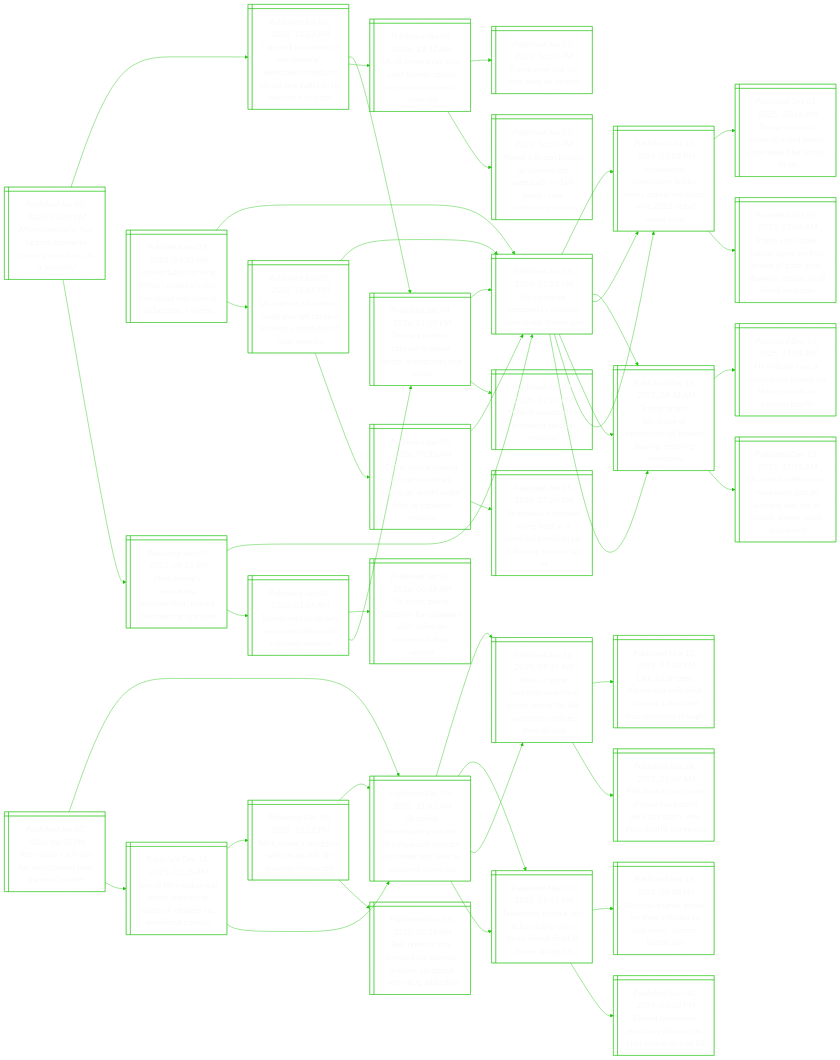
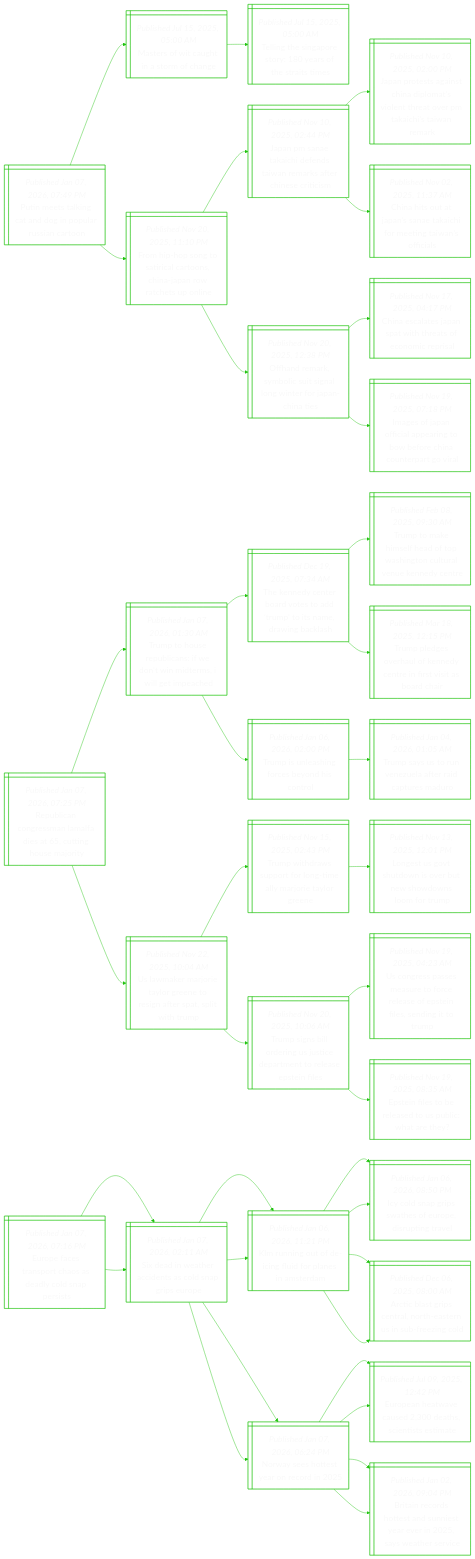
The diagram in README.md (notJmes/notJmes), drawn with Mermaid before and after one commit. The commit also changed other lines of this file, not shown here.

````diff
--- a/README.md
+++ b/README.md
@@ -16,142 +16,121 @@
 flowchart LR
 classDef txtsize font-size:20px;
 
-AVuirarurassk@{ shape: win-pane, label: "_Published Jan 07, 2026, 03:45 PM_
-After venezuela, five targets appear in trump’s crosshairs. is it just talk?" }
-Iienytnldlniorcr@{ shape: win-pane, label: "_Published Jan 06, 2026, 12:23 AM_
-‘i am still president of my country’: venezuela’s maduro pleads not guilty to us narcotics charges" }
-Tsrtstsgsh@{ shape: win-pane, label: "_Published Jan 04, 2026, 01:10 PM_
-Trump’s maduro capture is about drugs, immigrants and china" }
-UtVuMorkms@{ shape: win-pane, label: "_Published Jan 03, 2026, 02:58 PM_
-Us captured venezuela’s maduro after strike, trump says" }
-WVuPdisr@{ shape: win-pane, label: "_Published Jan 03, 2026, 07:25 PM_
-Who is venezuela’s president nicolas maduro?" }
-Ucnatugasnlss@{ shape: win-pane, label: "_Published Jan 06, 2026, 12:32 AM_
-Us oil companies gain after trump signals access to venezuela’s reserves" }
-Tnsenm@{ shape: win-pane, label: "_Published Jan 05, 2026, 06:00 PM_
-Trump now has his very own oil empire" }
-Aanetrtziksoree@{ shape: win-pane, label: "_Published Jan 05, 2026, 06:00 PM_
-About a dozen loaded oil tankers left venezuela in dark mode, says monitoring service" }
-HueetnreMer@{ shape: win-pane, label: "_Published Jan 07, 2026, 08:15 AM_
-How trump’s venezuela intervention revived the monroe doctrine" }
-UtVuMorkms@{ shape: win-pane, label: "_Published Jan 03, 2026, 02:58 PM_
-Us captured venezuela’s maduro after strike, trump says" }
-Vuoilranhibai@{ shape: win-pane, label: "_Published Oct 10, 2025, 05:02 PM_
-Venezuelan opposition leader maria corina machado wins 2025 nobel peace prize" }
-Toskftdasitgz@{ shape: win-pane, label: "_Published Dec 17, 2025, 08:34 AM_
-Trump orders blockade of sanctioned oil tankers leaving, entering venezuela" }
+PmtnagpRat@{ shape: win-pane, label: "_Published Jan 07, 2026, 07:49 PM_
+Putin meets talking cat and dog in popular russian cartoon" }
+Mrigama@{ shape: win-pane, label: "_Published Jul 15, 2025, 05:00 AM_
+Masters of wit caught in a storm of change" }
+TnSpteftss@{ shape: win-pane, label: "_Published Jul 15, 2025, 05:00 AM_
+Telling the singapore story: 180 years of the straits times" }
+Fisorcoipwhpn@{ shape: win-pane, label: "_Published Nov 20, 2025, 11:10 PM_
+From hip-hop song to satirical cartoons, china-japan row ratchets up online" }
+JPaaddwmaCstm@{ shape: win-pane, label: "_Published Nov 10, 2025, 02:44 PM_
+Japan pm sanae takaichi defends taiwan remarks after chinese criticism" }
+JpsaCdmitarkiwm@{ shape: win-pane, label: "_Published Nov 10, 2025, 02:00 PM_
+Japan protests against china diplomat’s violent threat over pm takaichi’s taiwan remark" }
+ChuaSTcriioi@{ shape: win-pane, label: "_Published Nov 02, 2025, 11:37 AM_
+China hits out at japan’s sanae takaichi for meeting taiwan’s officials" }
+Onamcslwrahi@{ shape: win-pane, label: "_Published Nov 20, 2025, 12:38 PM_
+Offhand remark, symbolic suit signal long winter for japan-china ties" }
+Ceaaptefoea@{ shape: win-pane, label: "_Published Nov 17, 2025, 04:17 PM_
+China escalates japan spat with threats of economic reprisal" }
+Ispflatbeatri@{ shape: win-pane, label: "_Published Nov 19, 2025, 07:18 PM_
+Images of japan official appearing to bow before china counterpart go viral" }
+
+PmtnagpRat:::txtsize --> Mrigama:::txtsize
+Mrigama:::txtsize --> TnSpteftss:::txtsize
+PmtnagpRat:::txtsize --> Fisorcoipwhpn:::txtsize
+Fisorcoipwhpn:::txtsize --> JPaaddwmaCstm:::txtsize
+JPaaddwmaCstm:::txtsize --> JpsaCdmitarkiwm:::txtsize
+JPaaddwmaCstm:::txtsize --> ChuaSTcriioi:::txtsize
+Fisorcoipwhpn:::txtsize --> Onamcslwrahi:::txtsize
+Onamcslwrahi:::txtsize --> Ceaaptefoea:::txtsize
+Onamcslwrahi:::txtsize --> Ispflatbeatri:::txtsize
+
+RlCenleuger@{ shape: win-pane, label: "_Published Jan 07, 2026, 07:25 PM_
+Republican congressman lamalfa dies at 65, cutting house majority" }
+Ttsuawtimlic@{ shape: win-pane, label: "_Published Jan 07, 2026, 01:30 AM_
+Trump to house republicans: if we don’t win midterms, i will get impeached" }
+TnCrdsdpsdnk@{ shape: win-pane, label: "_Published Dec 19, 2025, 07:34 AM_
+The kennedy center board votes to add ‘trump’ to its name, drawing backlash" }
+TteeaohotvKdt@{ shape: win-pane, label: "_Published Feb 08, 2025, 09:30 AM_
+Trump to make himself head of top washington cultural venue kennedy centre" }
+Tperoneisioh@{ shape: win-pane, label: "_Published Mar 18, 2025, 12:15 PM_
+Trump pledges overhaul of kennedy centre in first visit as board chair" }
+Tiencyit@{ shape: win-pane, label: "_Published Jan 06, 2026, 02:00 PM_
+Trump is unleashing forces beyond his control" }
 TsSnzaraeu@{ shape: win-pane, label: "_Published Jan 04, 2026, 01:05 AM_
 Trump says us to run venezuela after raid captures maduro" }
-Usrrfrreiscrs@{ shape: win-pane, label: "_Published Jan 01, 2026, 06:44 AM_
-Us coast guard searches for survivors after strike on suspected drug vessels" }
-Tsrtstsgsh@{ shape: win-pane, label: "_Published Jan 04, 2026, 01:10 PM_
-Trump’s maduro capture is about drugs, immigrants and china" }
+UmMryrtitaihp@{ shape: win-pane, label: "_Published Nov 22, 2025, 10:04 AM_
+Us lawmaker marjorie taylor greene to resign after spat, split with trump" }
+TwrutomyoaGe@{ shape: win-pane, label: "_Published Nov 15, 2025, 02:43 PM_
+Trump withdraws support for long-time ally marjorie taylor greene" }
+Lsounenonmr@{ shape: win-pane, label: "_Published Nov 13, 2025, 12:01 PM_
+Longest us govt shutdown is over but new showdowns loom for trump" }
+TsBrnuertlEie@{ shape: win-pane, label: "_Published Nov 20, 2025, 10:06 AM_
+Trump signs bill ordering us justice department to release epstein files" }
+Ugpsufrspnsitm@{ shape: win-pane, label: "_Published Nov 19, 2025, 04:23 AM_
+Us congress passes measure to force release of epstein files, sending it to trump" }
+Eieeaobhe@{ shape: win-pane, label: "_Published Nov 19, 2025, 08:35 AM_
+Epstein files to be released to us public: what are they?" }
 
-AVuirarurassk:::txtsize --> Iienytnldlniorcr:::txtsize
-Iienytnldlniorcr:::txtsize --> Tsrtstsgsh:::txtsize
-Tsrtstsgsh:::txtsize --> UtVuMorkms:::txtsize
-Tsrtstsgsh:::txtsize --> WVuPdisr:::txtsize
-Iienytnldlniorcr:::txtsize --> Ucnatugasnlss:::txtsize
-Ucnatugasnlss:::txtsize --> Tnsenm:::txtsize
-Ucnatugasnlss:::txtsize --> Aanetrtziksoree:::txtsize
-AVuirarurassk:::txtsize --> HueetnreMer:::txtsize
-HueetnreMer:::txtsize --> UtVuMorkms:::txtsize
-UtVuMorkms:::txtsize --> Vuoilranhibai:::txtsize
-UtVuMorkms:::txtsize --> Toskftdasitgz:::txtsize
-HueetnreMer:::txtsize --> TsSnzaraeu:::txtsize
-TsSnzaraeu:::txtsize --> Usrrfrreiscrs:::txtsize
-TsSnzaraeu:::txtsize --> Tsrtstsgsh:::txtsize
+RlCenleuger:::txtsize --> Ttsuawtimlic:::txtsize
+Ttsuawtimlic:::txtsize --> TnCrdsdpsdnk:::txtsize
+TnCrdsdpsdnk:::txtsize --> TteeaohotvKdt:::txtsize
+TnCrdsdpsdnk:::txtsize --> Tperoneisioh:::txtsize
+Ttsuawtimlic:::txtsize --> Tiencyit:::txtsize
+Tiencyit:::txtsize --> TsSnzaraeu:::txtsize
+RlCenleuger:::txtsize --> UmMryrtitaihp:::txtsize
+UmMryrtitaihp:::txtsize --> TwrutomyoaGe:::txtsize
+TwrutomyoaGe:::txtsize --> Lsounenonmr:::txtsize
+UmMryrtitaihp:::txtsize --> TsBrnuertlEie:::txtsize
+TsBrnuertlEie:::txtsize --> Ugpsufrspnsitm:::txtsize
+TsBrnuertlEie:::txtsize --> Eieeaobhe:::txtsize
 
-CreoiMoetwubee@{ shape: win-pane, label: "_Published Jan 07, 2026, 03:30 PM_
-‘comfortable for long flights’: maduro’s nike sweatsuit was bound to become a meme" }
-UtVuMorkms@{ shape: win-pane, label: "_Published Jan 03, 2026, 02:58 PM_
-Us captured venezuela’s maduro after strike, trump says" }
-Vuoilranhibai@{ shape: win-pane, label: "_Published Oct 10, 2025, 05:02 PM_
-Venezuelan opposition leader maria corina machado wins 2025 nobel peace prize" }
-TsonoeroelS@{ shape: win-pane, label: "_Published Oct 01, 2025, 05:12 AM_
-Trump says not winning nobel peace prize would be ‘insult’ to us" }
-TssHaossaaorslaoe@{ shape: win-pane, label: "_Published Oct 09, 2025, 05:09 AM_
-Trump says israel, hamas agree on first phase of gaza deal, allowing release of all israeli hostages" }
-Toskftdasitgz@{ shape: win-pane, label: "_Published Dec 17, 2025, 08:34 AM_
-Trump orders blockade of sanctioned oil tankers leaving, entering venezuela" }
-Uistitktvlanf@{ shape: win-pane, label: "_Published Dec 16, 2025, 11:09 AM_
-Us military says it carried out strikes on three vessels in eastern pacific" }
-Uznenltrwtphoon@{ shape: win-pane, label: "_Published Dec 13, 2025, 11:10 AM_
-Us seized tanker near venezuela just as warrant was set to expire, shows court document" }
-Utfrlmuinuiama@{ shape: win-pane, label: "_Published Jan 05, 2026, 11:45 PM_
-Us capture of maduro could prompt caution in china’s courtship of latin america" }
-UtVuMorkms@{ shape: win-pane, label: "_Published Jan 03, 2026, 02:58 PM_
-Us captured venezuela’s maduro after strike, trump says" }
-Vuoilranhibai@{ shape: win-pane, label: "_Published Oct 10, 2025, 05:02 PM_
-Venezuelan opposition leader maria corina machado wins 2025 nobel peace prize" }
-Toskftdasitgz@{ shape: win-pane, label: "_Published Dec 17, 2025, 08:34 AM_
-Trump orders blockade of sanctioned oil tankers leaving, entering venezuela" }
-CstoeueiwjaUtMo@{ shape: win-pane, label: "_Published Jan 05, 2026, 09:35 AM_
-China says it cannot accept countries acting as ‘world judge’ after us captures maduro" }
-UtVuMorkms@{ shape: win-pane, label: "_Published Jan 03, 2026, 02:58 PM_
-Us captured venezuela’s maduro after strike, trump says" }
-VuMogaodkalnty@{ shape: win-pane, label: "_Published Jan 05, 2026, 07:20 AM_
-Venezuela’s maduro being held at a troubled brooklyn jail following capture by us" }
+Eesscadlpi@{ shape: win-pane, label: "_Published Jan 07, 2026, 07:16 PM_
+Europe faces transport chaos as deadly cold snap persists" }
+SaerdadgEe@{ shape: win-pane, label: "_Published Jan 07, 2026, 02:11 AM_
+Six dead in weather accidents as cold snap grips europe" }
+Knodnipssa@{ shape: win-pane, label: "_Published Jan 06, 2026, 11:21 PM_
+Klm running out of de-icing fluid for planes in amsterdam" }
+IlpshEeuge@{ shape: win-pane, label: "_Published Jan 06, 2026, 08:50 PM_
+Icy cold snap grips swathes of europe, disrupting travel" }
+ActsrrsUuec@{ shape: win-pane, label: "_Published Dec 06, 2025, 08:00 AM_
+Arctic blast grips central, north-eastern us in sub-freezing cold" }
+Nyhsrcn@{ shape: win-pane, label: "_Published Jan 07, 2026, 06:24 PM_
+Norway sees hottest year on record in 2025" }
+Eeaeetiste@{ shape: win-pane, label: "_Published Jul 09, 2025, 12:42 PM_
+European heatwave caused 2,300 deaths, scientists estimate" }
+Biootusrishr@{ shape: win-pane, label: "_Published Jan 02, 2026, 09:04 PM_
+Britain records hottest and sunniest year ever in 2025, says weather service" }
+SaerdadgEe@{ shape: win-pane, label: "_Published Jan 07, 2026, 02:11 AM_
+Six dead in weather accidents as cold snap grips europe" }
+Knodnipssa@{ shape: win-pane, label: "_Published Jan 06, 2026, 11:21 PM_
+Klm running out of de-icing fluid for planes in amsterdam" }
+IlpshEeuge@{ shape: win-pane, label: "_Published Jan 06, 2026, 08:50 PM_
+Icy cold snap grips swathes of europe, disrupting travel" }
+ActsrrsUuec@{ shape: win-pane, label: "_Published Dec 06, 2025, 08:00 AM_
+Arctic blast grips central, north-eastern us in sub-freezing cold" }
+Nyhsrcn@{ shape: win-pane, label: "_Published Jan 07, 2026, 06:24 PM_
+Norway sees hottest year on record in 2025" }
+Eeaeetiste@{ shape: win-pane, label: "_Published Jul 09, 2025, 12:42 PM_
+European heatwave caused 2,300 deaths, scientists estimate" }
+Biootusrishr@{ shape: win-pane, label: "_Published Jan 02, 2026, 09:04 PM_
+Britain records hottest and sunniest year ever in 2025, says weather service" }
 
-CreoiMoetwubee:::txtsize --> UtVuMorkms:::txtsize
-UtVuMorkms:::txtsize --> Vuoilranhibai:::txtsize
-Vuoilranhibai:::txtsize --> TsonoeroelS:::txtsize
-Vuoilranhibai:::txtsize --> TssHaossaaorslaoe:::txtsize
-UtVuMorkms:::txtsize --> Toskftdasitgz:::txtsize
-Toskftdasitgz:::txtsize --> Uistitktvlanf:::txtsize
-Toskftdasitgz:::txtsize --> Uznenltrwtphoon:::txtsize
-CreoiMoetwubee:::txtsize --> Utfrlmuinuiama:::txtsize
-Utfrlmuinuiama:::txtsize --> UtVuMorkms:::txtsize
-UtVuMorkms:::txtsize --> Vuoilranhibai:::txtsize
-UtVuMorkms:::txtsize --> Toskftdasitgz:::txtsize
-Utfrlmuinuiama:::txtsize --> CstoeueiwjaUtMo:::txtsize
-CstoeueiwjaUtMo:::txtsize --> UtVuMorkms:::txtsize
-CstoeueiwjaUtMo:::txtsize --> VuMogaodkalnty:::txtsize
-
-Ristrnoase@{ shape: win-pane, label: "_Published Jan 07, 2026, 02:15 PM_
-Rob reiner’s son set for arraignment over parents’ murder" }
-Uivgghoorreafpni@{ shape: win-pane, label: "_Published Dec 15, 2025, 11:45 AM_
-Us police investigating deaths of hollywood director rob reiner and wife as apparent homicide" }
-WfHaroetimsrit@{ shape: win-pane, label: "_Published Apr 16, 2025, 09:39 AM_
-Wife of gene hackman searched online about flu-like symptoms before their deaths" }
-Lcecsdttltraht@{ shape: win-pane, label: "_Published Mar 18, 2025, 02:00 PM_
-Late actor gene hackman’s wife died at least a day later than originally thought" }
-PfnoGaneqihecn@{ shape: win-pane, label: "_Published Feb 28, 2025, 05:49 AM_
-Pills found near body of gene hackman’s wife as inquiry into their deaths continues" }
-TnalaCCuuaoa@{ shape: win-pane, label: "_Published Mar 16, 2025, 05:51 PM_
-Taiwanese martial arts actor chang chen-huan found dead at home at age 65" }
-Duklrruosrers@{ shape: win-pane, label: "_Published Feb 16, 2025, 06:00 PM_
-Dee hsu thanks public for their tributes to late sister, actress barbie hsu" }
-FTnuaeLins@{ shape: win-pane, label: "_Published Dec 04, 2024, 05:50 PM_
-Famed taiwanese musician-director liu chia-chang dies at 81" }
-Sfaonpirhsrdn@{ shape: win-pane, label: "_Published Dec 18, 2025, 02:35 AM_
-Son of film-maker rob reiner appears in court on charges he murdered parents" }
-Nesgwresnst@{ shape: win-pane, label: "_Published Dec 16, 2025, 12:22 PM_
-Nick reiner’s struggles with drugs left his parents ‘desperate’" }
-Uivgghoorreafpni@{ shape: win-pane, label: "_Published Dec 15, 2025, 11:45 AM_
-Us police investigating deaths of hollywood director rob reiner and wife as apparent homicide" }
-Risrdaseudddi@{ shape: win-pane, label: "_Published Dec 16, 2025, 04:39 AM_
-Rob reiner’s son, arrested for parents’ murder, struggled with drug addiction" }
-Uivgghoorreafpni@{ shape: win-pane, label: "_Published Dec 15, 2025, 11:45 AM_
-Us police investigating deaths of hollywood director rob reiner and wife as apparent homicide" }
-WfHaroetimsrit@{ shape: win-pane, label: "_Published Apr 16, 2025, 09:39 AM_
-Wife of gene hackman searched online about flu-like symptoms before their deaths" }
-TnalaCCuuaoa@{ shape: win-pane, label: "_Published Mar 16, 2025, 05:51 PM_
-Taiwanese martial arts actor chang chen-huan found dead at home at age 65" }
-
-Ristrnoase:::txtsize --> Uivgghoorreafpni:::txtsize
-Uivgghoorreafpni:::txtsize --> WfHaroetimsrit:::txtsize
-WfHaroetimsrit:::txtsize --> Lcecsdttltraht:::txtsize
-WfHaroetimsrit:::txtsize --> PfnoGaneqihecn:::txtsize
-Uivgghoorreafpni:::txtsize --> TnalaCCuuaoa:::txtsize
-TnalaCCuuaoa:::txtsize --> Duklrruosrers:::txtsize
-TnalaCCuuaoa:::txtsize --> FTnuaeLins:::txtsize
-Ristrnoase:::txtsize --> Sfaonpirhsrdn:::txtsize
-Sfaonpirhsrdn:::txtsize --> Nesgwresnst:::txtsize
-Nesgwresnst:::txtsize --> Uivgghoorreafpni:::txtsize
-Nesgwresnst:::txtsize --> Risrdaseudddi:::txtsize
-Sfaonpirhsrdn:::txtsize --> Uivgghoorreafpni:::txtsize
-Uivgghoorreafpni:::txtsize --> WfHaroetimsrit:::txtsize
-Uivgghoorreafpni:::txtsize --> TnalaCCuuaoa:::txtsize
+Eesscadlpi:::txtsize --> SaerdadgEe:::txtsize
+SaerdadgEe:::txtsize --> Knodnipssa:::txtsize
+Knodnipssa:::txtsize --> IlpshEeuge:::txtsize
+Knodnipssa:::txtsize --> ActsrrsUuec:::txtsize
+SaerdadgEe:::txtsize --> Nyhsrcn:::txtsize
+Nyhsrcn:::txtsize --> Eeaeetiste:::txtsize
+Nyhsrcn:::txtsize --> Biootusrishr:::txtsize
+Eesscadlpi:::txtsize --> SaerdadgEe:::txtsize
+SaerdadgEe:::txtsize --> Knodnipssa:::txtsize
+Knodnipssa:::txtsize --> IlpshEeuge:::txtsize
+Knodnipssa:::txtsize --> ActsrrsUuec:::txtsize
+SaerdadgEe:::txtsize --> Nyhsrcn:::txtsize
+Nyhsrcn:::txtsize --> Eeaeetiste:::txtsize
+Nyhsrcn:::txtsize --> Biootusrishr:::txtsize
 
 ```
````
